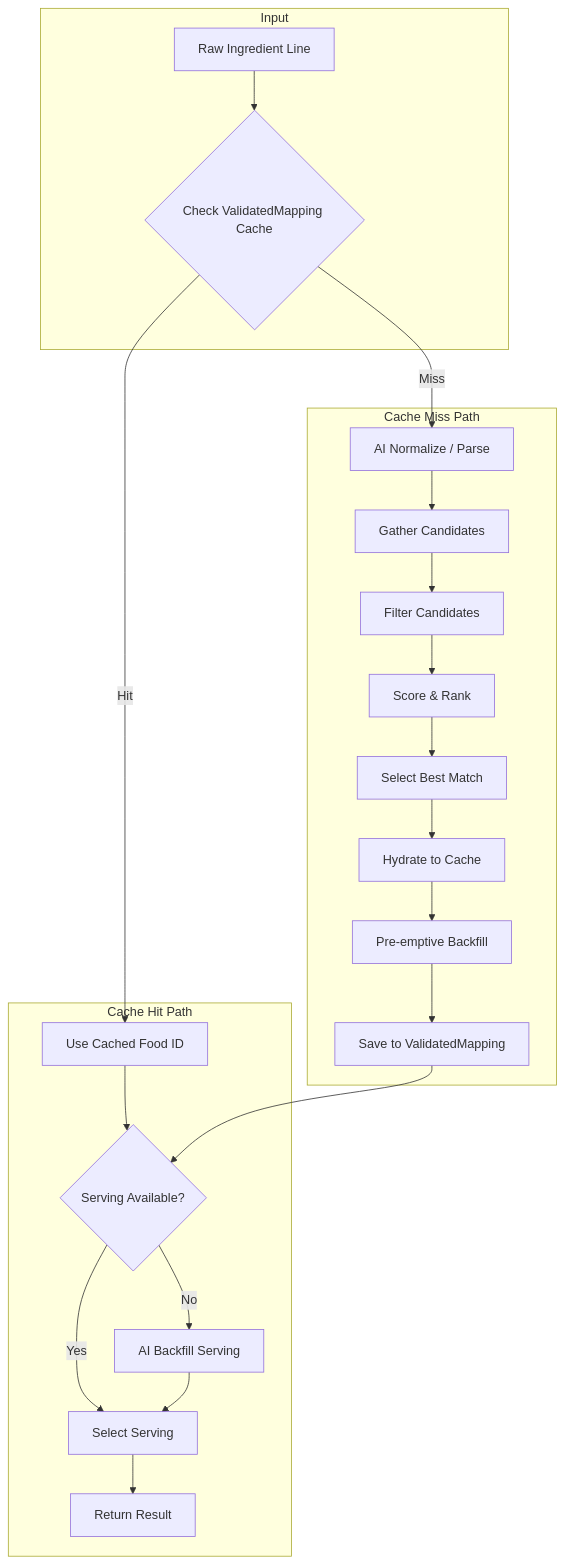
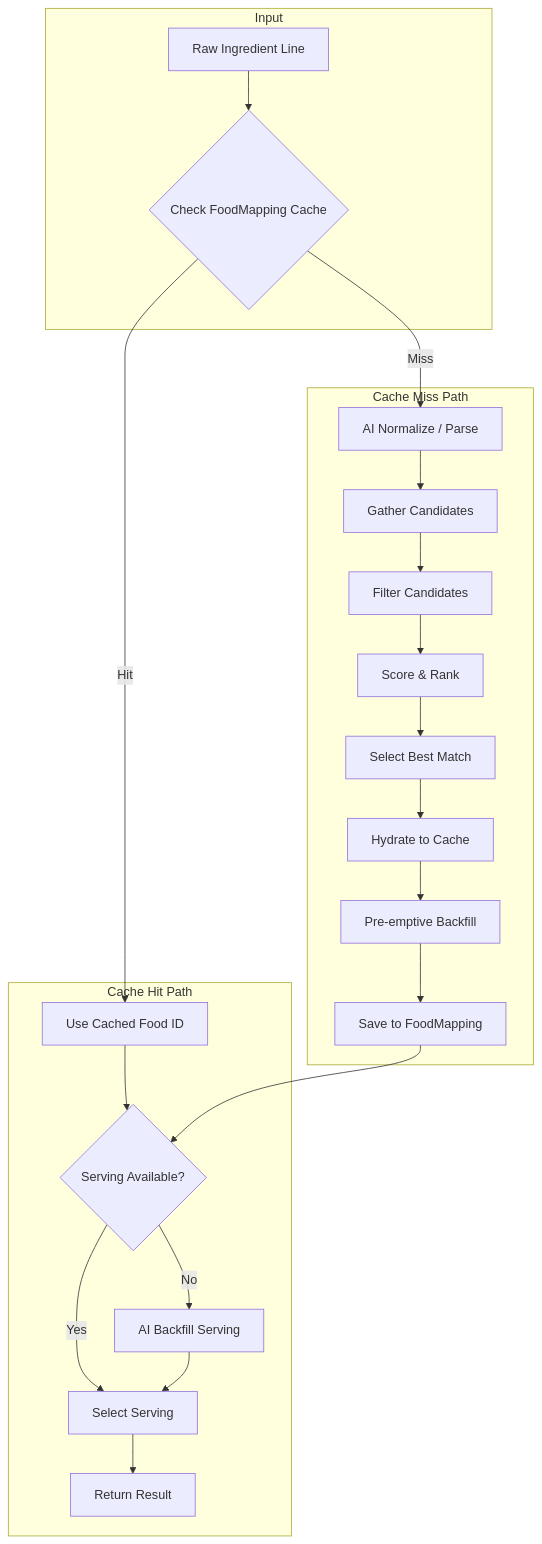
The diagram in docs/ingredient-mapping-pipeline.md (evawlve/Recipe-App), drawn with Mermaid before and after one commit. The commit also changed other lines of this file and 646 other files, not shown here.

````diff
--- a/docs/ingredient-mapping-pipeline.md
+++ b/docs/ingredient-mapping-pipeline.md
@@ -23,27 +23,27 @@
 ```mermaid
 flowchart TD
     subgraph Input
-        A[Raw Ingredient Line] --> B{Check ValidatedMapping Cache}
+        A[Raw Ingredient Line] --> B{Check FoodMapping Cache}
     end
     
     subgraph Cache_Hit["Cache Hit Path"]
         B -->|Hit| C[Use Cached Food ID]
         C --> D{Serving Available?}
         D -->|Yes| E[Select Serving]
         D -->|No| F[AI Backfill Serving]
         F --> E
         E --> G[Return Result]
     end
     
     subgraph Cache_Miss["Cache Miss Path"]
         B -->|Miss| H[AI Normalize / Parse]
         H --> I[Gather Candidates]
         I --> J[Filter Candidates]
         J --> K[Score & Rank]
         K --> L[Select Best Match]
         L --> M[Hydrate to Cache]
         M --> N[Pre-emptive Backfill]
-        N --> O[Save to ValidatedMapping]
+        N --> O[Save to FoodMapping]
         O --> D
     end
 ```
````
